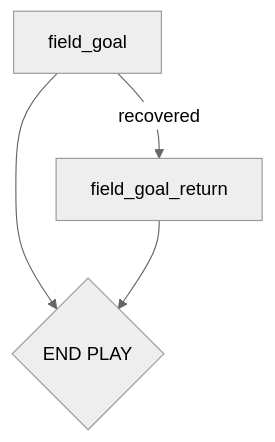
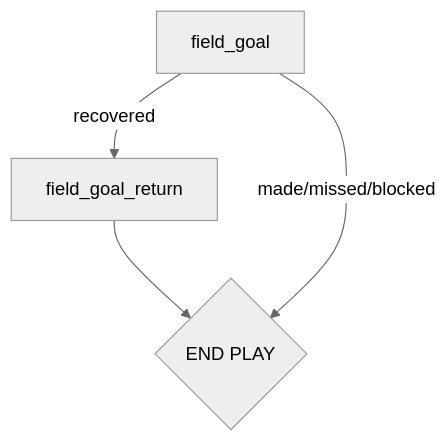
The seventh of 9 diagrams in docs/simulation.md (adam42739/nfl-sim), drawn with Mermaid (neutral theme) before and after one commit. The commit also changed other lines of this file, not shown here.

Commit message:
docs: simulation flowchart organization

````diff
--- a/docs/simulation.md
+++ b/docs/simulation.md
@@ -80,6 +100,10 @@
 ```mermaid
 flowchart TD
-A[field_goal] --> B{END PLAY}
-A --> |recovered| C[field_goal_return]
-C --> B
+A[field_goal]
+B[field_goal_return]
+C{END PLAY}
+
+A --> |recovered| B
+B --> C
+A --> |made/missed/blocked| C
 ```
````
